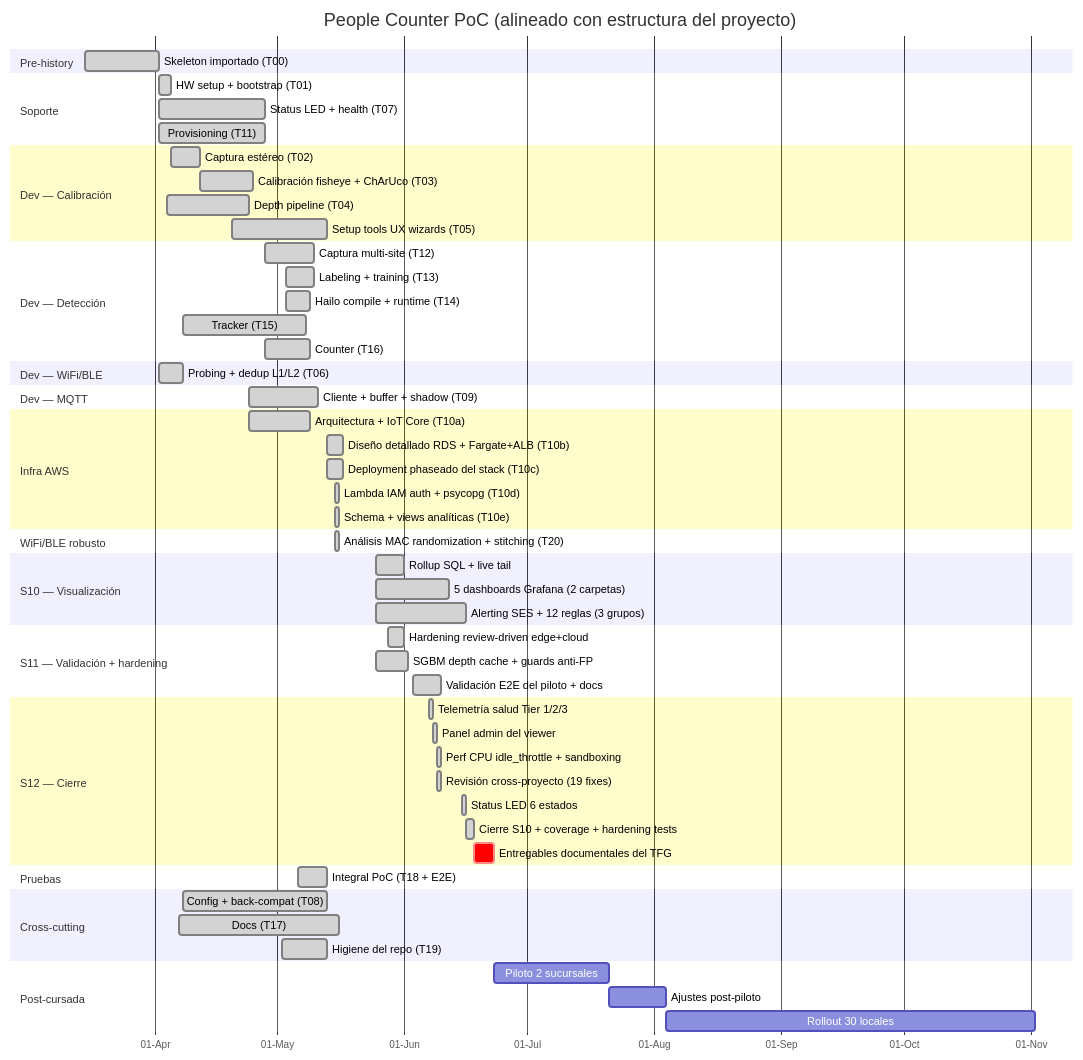
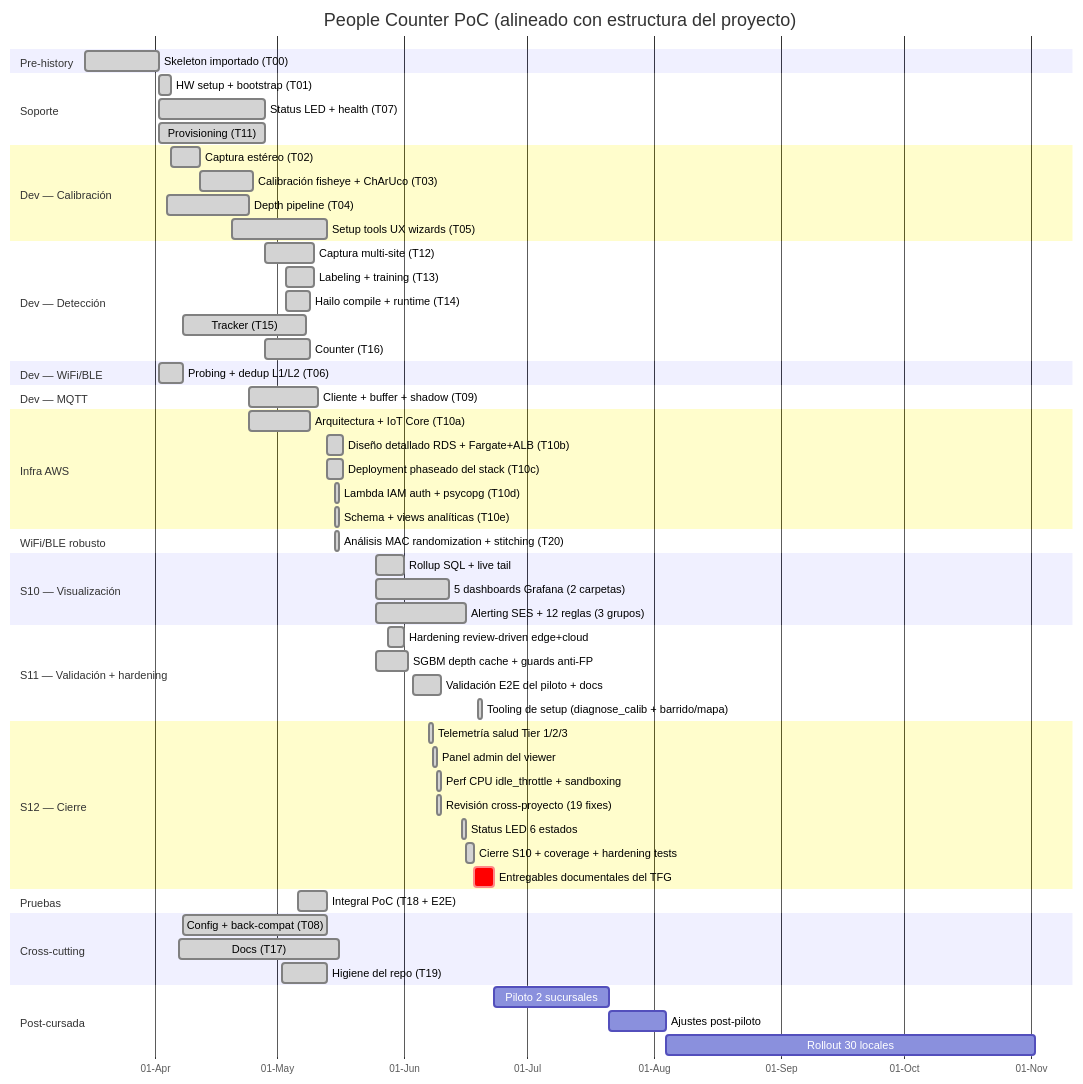
Before and after one commit to maurogasparri/people-counter: the first of 2 diagrams in docs/project_gantt.md, drawn with Mermaid. The commit also changed other lines of this file and 15 other files, not shown here.

First line of the commit message:
[S11] feat(setup-tools): barrido/mapa como modos default en calibración y foco + diagnose_calibration

````diff
--- a/docs/project_gantt.md
+++ b/docs/project_gantt.md
@@ -490,75 +502,76 @@
 ```mermaid
 gantt
     title People Counter PoC (alineado con estructura del proyecto)
     dateFormat YYYY-MM-DD
     axisFormat %d-%b
 
     section Pre-history
     Skeleton importado (T00)              :done, t00, 2026-03-15, 18d
 
     section Soporte
     HW setup + bootstrap (T01)            :done, t01, after t00, 3d
     Status LED + health (T07)             :done, t07, 2026-04-02, 26d
     Provisioning (T11)                    :done, t11, 2026-04-02, 26d
 
     section Dev — Calibración
     Captura estéreo (T02)                 :done, t02, after t01, 7d
     Calibración fisheye + ChArUco (T03)   :done, t03, after t02, 13d
     Depth pipeline (T04)                  :done, t04, 2026-04-04, 20d
     Setup tools UX wizards (T05)          :done, t05, 2026-04-20, 23d
 
     section Dev — Detección
     Captura multi-site (T12)              :done, t12, 2026-04-28, 12d
     Labeling + training (T13)             :done, t13, 2026-05-03, 7d
     Hailo compile + runtime (T14)         :done, t14, 2026-05-03, 6d
     Tracker (T15)                         :done, t15, 2026-04-08, 30d
     Counter (T16)                         :done, t16, 2026-04-28, 11d
 
     section Dev — WiFi/BLE
     Probing + dedup L1/L2 (T06)           :done, t06, 2026-04-02, 6d
 
     section Dev — MQTT
     Cliente + buffer + shadow (T09)       :done, t09, 2026-04-24, 17d
 
     section Infra AWS
     Arquitectura + IoT Core (T10a)        :done, t10a, 2026-04-24, 15d
     Diseño detallado RDS + Fargate+ALB (T10b) :done, t10b, 2026-05-13, 4d
     Deployment phaseado del stack (T10c)  :done, t10c, 2026-05-13, 4d
     Lambda IAM auth + psycopg (T10d)      :done, t10d, 2026-05-15, 1d
     Schema + views analíticas (T10e)      :done, t10e, 2026-05-15, 1d
 
     section WiFi/BLE robusto
     Análisis MAC randomization + stitching (T20) :done, t20, 2026-05-15, 1d
 
     section S10 — Visualización
     Rollup SQL + live tail                :done, s10a, 2026-05-25, 7d
     5 dashboards Grafana (2 carpetas)     :done, s10b, 2026-05-25, 18d
     Alerting SES + 12 reglas (3 grupos)   :done, s10c, 2026-05-25, 22d
 
     section S11 — Validación + hardening
     Hardening review-driven edge+cloud    :done, s11a, 2026-05-28, 4d
     SGBM depth cache + guards anti-FP     :done, s11b, 2026-05-25, 8d
     Validación E2E del piloto + docs      :done, s11c, 2026-06-03, 7d
+    Tooling de setup (diagnose_calib + barrido/mapa) :done, s11d, 2026-06-19, 1d
 
     section S12 — Cierre
     Telemetría salud Tier 1/2/3           :done, s12a, 2026-06-07, 1d
     Panel admin del viewer                :done, s12b, 2026-06-08, 1d
     Perf CPU idle_throttle + sandboxing   :done, s12c, 2026-06-09, 1d
     Revisión cross-proyecto (19 fixes)    :done, s12d, 2026-06-09, 1d
     Status LED 6 estados                  :done, s12e, 2026-06-15, 1d
     Cierre S10 + coverage + hardening tests :done, s12f, 2026-06-16, 2d
     Entregables documentales del TFG      :crit, s12g, 2026-06-18, 5d
 
     section Pruebas
     Integral PoC (T18 + E2E)              :done, t18, 2026-05-06, 7d
 
     section Cross-cutting
     Config + back-compat (T08)            :done, t08, 2026-04-08, 35d
     Docs (T17)                            :done, t17, 2026-04-07, 39d
     Higiene del repo (T19)                :done, t19, 2026-05-02, 11d
 
     section Post-cursada
     Piloto 2 sucursales                   :pilot, after s12g, 28d
     Ajustes post-piloto                   :adjust, after pilot, 14d
     Rollout 30 locales                    :rollout, after adjust, 90d
 ```
````
